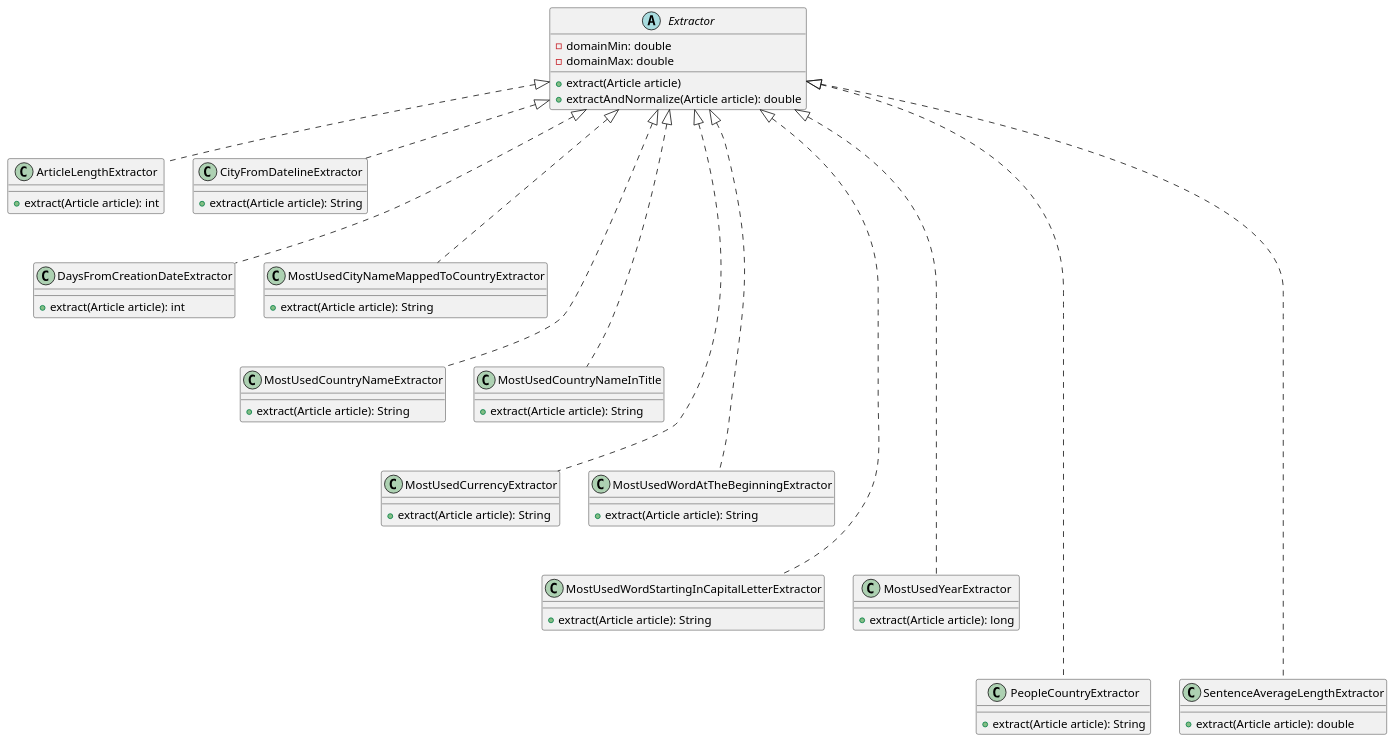
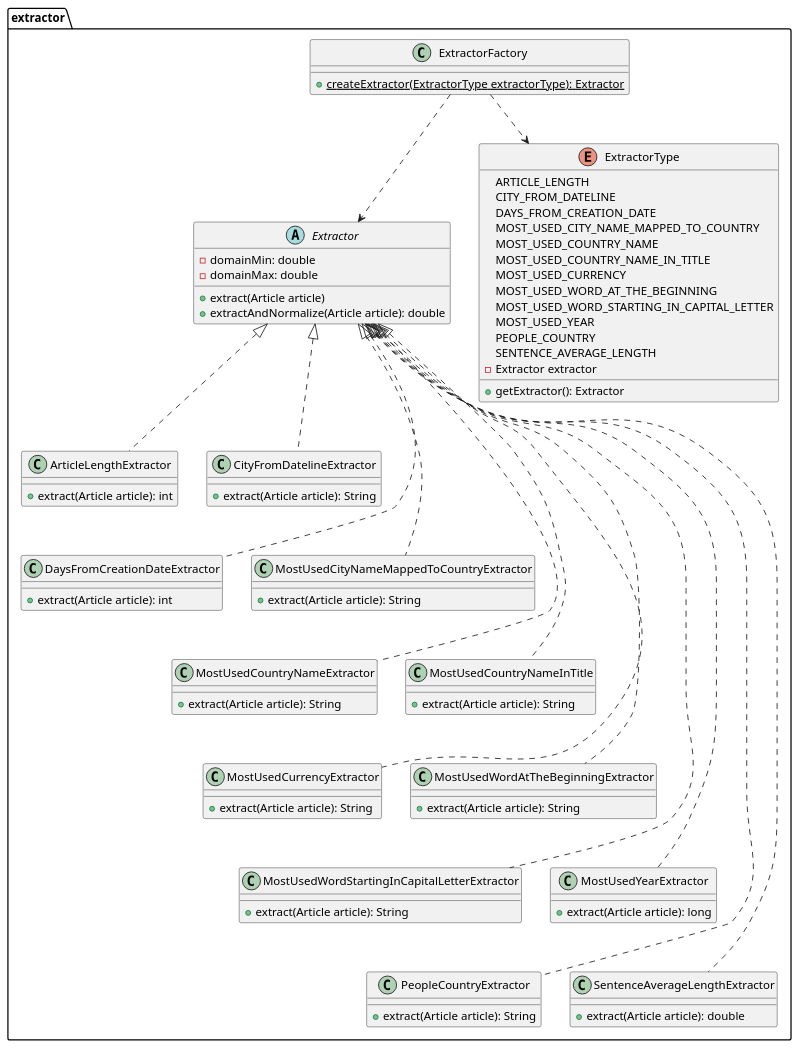
Before and after one commit to kambed/Computer-Recognition-Systems: the fourth of 10 diagrams in README.md, drawn with PlantUML. The commit also changed other lines of this file, not shown here.

Commit message:
Divide diagrams to packages

````diff
--- a/README.md
+++ b/README.md
@@ -89,57 +137,81 @@
 ```plantuml
-abstract class Extractor {
-    - domainMin: double
-    - domainMax: double
-    + extract(Article article)
-    + extractAndNormalize(Article article): double
+package extractor {
+    abstract class Extractor {
+        - domainMin: double
+        - domainMax: double
+        + extract(Article article)
+        + extractAndNormalize(Article article): double
+    }
+    class ArticleLengthExtractor {
+        + extract(Article article): int
+    }
+    class CityFromDatelineExtractor {
+        + extract(Article article): String
+    }
+    class DaysFromCreationDateExtractor {
+        + extract(Article article): int
+    }
+    class MostUsedCityNameMappedToCountryExtractor {
+        + extract(Article article): String
+    }
+    class MostUsedCountryNameExtractor {
+        + extract(Article article): String
+    }
+    class MostUsedCountryNameInTitle {
+        + extract(Article article): String
+    }
+    class MostUsedCurrencyExtractor {
+        + extract(Article article): String
+    }
+    class MostUsedWordAtTheBeginningExtractor {
+        + extract(Article article): String
+    }
+    class MostUsedWordStartingInCapitalLetterExtractor {
+        + extract(Article article): String
+    }
+    class MostUsedYearExtractor {
+        + extract(Article article): long
+    }
+    class PeopleCountryExtractor {
+        + extract(Article article): String
+    }
+    class SentenceAverageLengthExtractor {
+        + extract(Article article): double
+    }
+    
+    Extractor <|.. ArticleLengthExtractor
+    Extractor <|.. CityFromDatelineExtractor
+    Extractor <|... DaysFromCreationDateExtractor
+    Extractor <|... MostUsedCityNameMappedToCountryExtractor
+    Extractor <|.... MostUsedCountryNameExtractor
+    Extractor <|.... MostUsedCountryNameInTitle
+    Extractor <|..... MostUsedCurrencyExtractor
+    Extractor <|..... MostUsedWordAtTheBeginningExtractor
+    Extractor <|...... MostUsedWordStartingInCapitalLetterExtractor
+    Extractor <|...... MostUsedYearExtractor
+    Extractor <|....... PeopleCountryExtractor
+    Extractor <|....... SentenceAverageLengthExtractor
+    
+    class ExtractorFactory {
+        + {static} createExtractor(ExtractorType extractorType): Extractor
+    }
+    enum ExtractorType {
+        ARTICLE_LENGTH
+        CITY_FROM_DATELINE
+        DAYS_FROM_CREATION_DATE
+        MOST_USED_CITY_NAME_MAPPED_TO_COUNTRY
+        MOST_USED_COUNTRY_NAME
+        MOST_USED_COUNTRY_NAME_IN_TITLE
+        MOST_USED_CURRENCY
+        MOST_USED_WORD_AT_THE_BEGINNING
+        MOST_USED_WORD_STARTING_IN_CAPITAL_LETTER
+        MOST_USED_YEAR
+        PEOPLE_COUNTRY
+        SENTENCE_AVERAGE_LENGTH
+        - Extractor extractor
+        + getExtractor(): Extractor
+    }
+    ExtractorFactory ..> Extractor
+    ExtractorFactory ..> ExtractorType
 }
-class ArticleLengthExtractor {
-    + extract(Article article): int
-}
-class CityFromDatelineExtractor {
-    + extract(Article article): String
-}
-class DaysFromCreationDateExtractor {
-    + extract(Article article): int
-}
-class MostUsedCityNameMappedToCountryExtractor {
-    + extract(Article article): String
-}
-class MostUsedCountryNameExtractor {
-    + extract(Article article): String
-}
-class MostUsedCountryNameInTitle {
-    + extract(Article article): String
-}
-class MostUsedCurrencyExtractor {
-    + extract(Article article): String
-}
-class MostUsedWordAtTheBeginningExtractor {
-    + extract(Article article): String
-}
-class MostUsedWordStartingInCapitalLetterExtractor {
-    + extract(Article article): String
-}
-class MostUsedYearExtractor {
-    + extract(Article article): long
-}
-class PeopleCountryExtractor {
-    + extract(Article article): String
-}
-class SentenceAverageLengthExtractor {
-    + extract(Article article): double
-}
-
-Extractor <|.. ArticleLengthExtractor
-Extractor <|.. CityFromDatelineExtractor
-Extractor <|... DaysFromCreationDateExtractor
-Extractor <|... MostUsedCityNameMappedToCountryExtractor
-Extractor <|.... MostUsedCountryNameExtractor
-Extractor <|.... MostUsedCountryNameInTitle
-Extractor <|..... MostUsedCurrencyExtractor
-Extractor <|..... MostUsedWordAtTheBeginningExtractor
-Extractor <|...... MostUsedWordStartingInCapitalLetterExtractor
-Extractor <|...... MostUsedYearExtractor
-Extractor <|....... PeopleCountryExtractor
-Extractor <|....... SentenceAverageLengthExtractor
 ```
````
